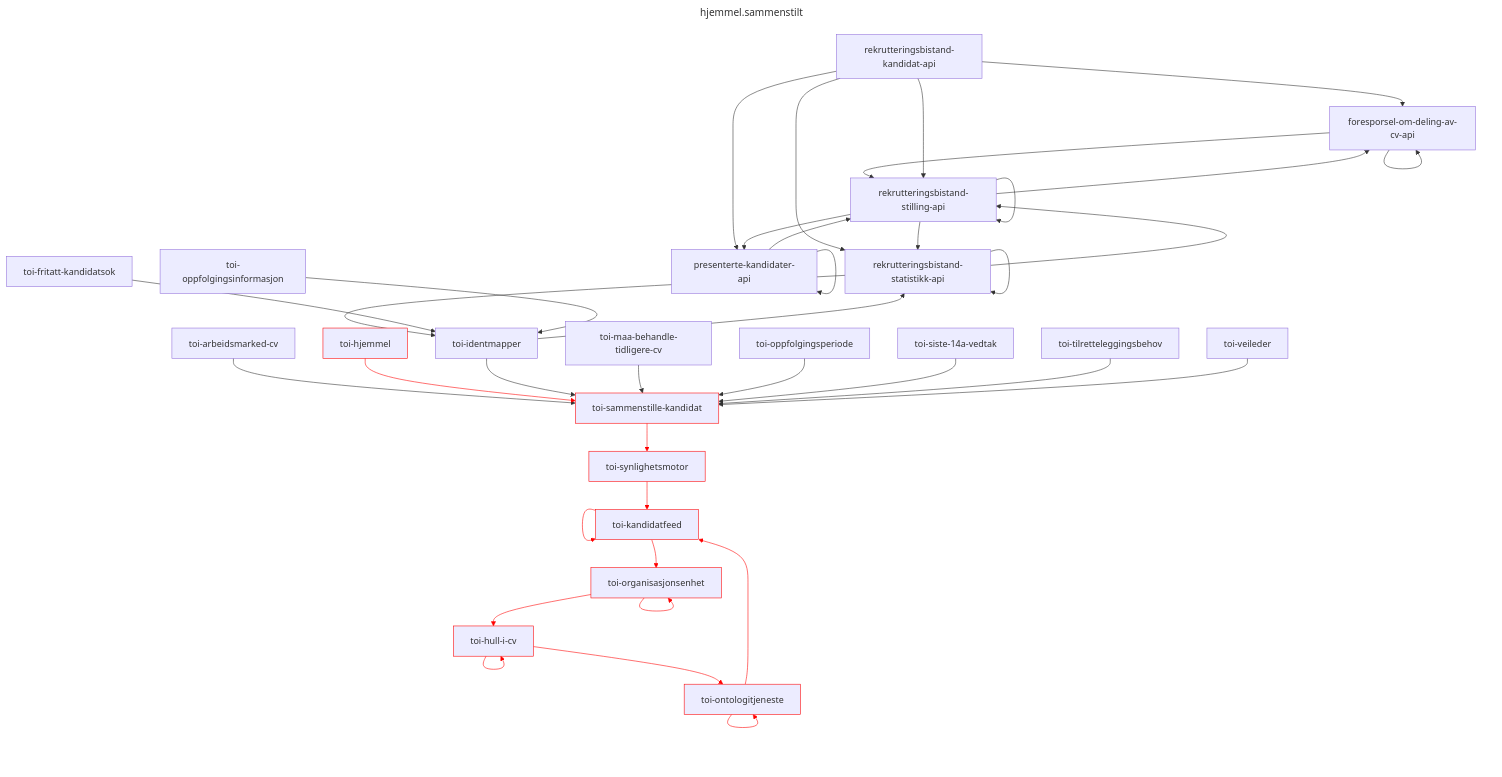
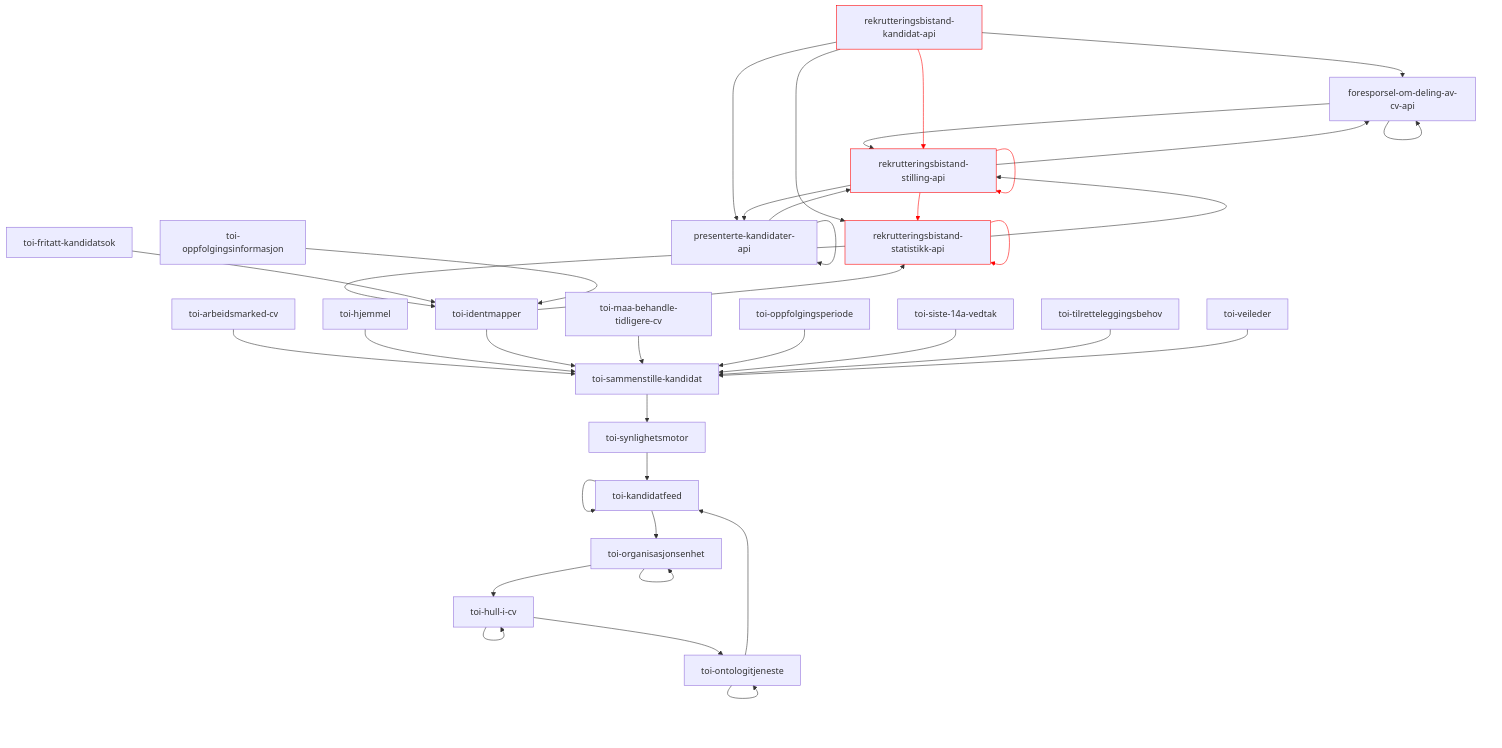
One commit to navikt/toi-rapids-and-rivers-grapher changed diagram 12 of 34 in README.md. Above: the diagram before and after it, drawn with Mermaid. The commit also changed other lines of this file, not shown here.

Commit message:
Oppdater Mermaid utskrift

````diff
--- a/README.md
+++ b/README.md
@@ -357,45 +472,42 @@
 ```mermaid
----
-title: hjemmel.sammenstilt
----
 graph TD;
 foresporsel-om-deling-av-cv-api --> foresporsel-om-deling-av-cv-api;
 foresporsel-om-deling-av-cv-api --> rekrutteringsbistand-stilling-api;
 presenterte-kandidater-api --> presenterte-kandidater-api;
 presenterte-kandidater-api --> rekrutteringsbistand-stilling-api;
 rekrutteringsbistand-kandidat-api --> foresporsel-om-deling-av-cv-api;
 rekrutteringsbistand-kandidat-api --> presenterte-kandidater-api;
 rekrutteringsbistand-kandidat-api --> rekrutteringsbistand-statistikk-api;
-rekrutteringsbistand-kandidat-api --> rekrutteringsbistand-stilling-api;
-rekrutteringsbistand-statistikk-api --> rekrutteringsbistand-statistikk-api;
+rekrutteringsbistand-kandidat-api:::x --> rekrutteringsbistand-stilling-api:::x;
+rekrutteringsbistand-statistikk-api:::x --> rekrutteringsbistand-statistikk-api:::x;
 rekrutteringsbistand-statistikk-api --> rekrutteringsbistand-stilling-api;
 rekrutteringsbistand-statistikk-api --> toi-identmapper;
 rekrutteringsbistand-stilling-api --> foresporsel-om-deling-av-cv-api;
 rekrutteringsbistand-stilling-api --> presenterte-kandidater-api;
-rekrutteringsbistand-stilling-api --> rekrutteringsbistand-statistikk-api;
-rekrutteringsbistand-stilling-api --> rekrutteringsbistand-stilling-api;
+rekrutteringsbistand-stilling-api:::x --> rekrutteringsbistand-statistikk-api:::x;
+rekrutteringsbistand-stilling-api:::x --> rekrutteringsbistand-stilling-api:::x;
 toi-arbeidsmarked-cv --> toi-sammenstille-kandidat;
 toi-fritatt-kandidatsok --> toi-identmapper;
-toi-hjemmel:::x --> toi-sammenstille-kandidat:::x;
-toi-hull-i-cv:::x --> toi-hull-i-cv:::x;
-toi-hull-i-cv:::x --> toi-ontologitjeneste:::x;
+toi-hjemmel --> toi-sammenstille-kandidat;
+toi-hull-i-cv --> toi-hull-i-cv;
+toi-hull-i-cv --> toi-ontologitjeneste;
 toi-identmapper --> rekrutteringsbistand-statistikk-api;
 toi-identmapper --> toi-sammenstille-kandidat;
-toi-kandidatfeed:::x --> toi-kandidatfeed:::x;
-toi-kandidatfeed:::x --> toi-organisasjonsenhet:::x;
+toi-kandidatfeed --> toi-kandidatfeed;
+toi-kandidatfeed --> toi-organisasjonsenhet;
 toi-maa-behandle-tidligere-cv --> toi-sammenstille-kandidat;
-toi-ontologitjeneste:::x --> toi-kandidatfeed:::x;
-toi-ontologitjeneste:::x --> toi-ontologitjeneste:::x;
+toi-ontologitjeneste --> toi-kandidatfeed;
+toi-ontologitjeneste --> toi-ontologitjeneste;
 toi-oppfolgingsinformasjon --> toi-identmapper;
 toi-oppfolgingsperiode --> toi-sammenstille-kandidat;
-toi-organisasjonsenhet:::x --> toi-hull-i-cv:::x;
-toi-organisasjonsenhet:::x --> toi-organisasjonsenhet:::x;
-toi-sammenstille-kandidat:::x --> toi-synlighetsmotor:::x;
+toi-organisasjonsenhet --> toi-hull-i-cv;
+toi-organisasjonsenhet --> toi-organisasjonsenhet;
+toi-sammenstille-kandidat --> toi-synlighetsmotor;
 toi-siste-14a-vedtak --> toi-sammenstille-kandidat;
-toi-synlighetsmotor:::x --> toi-kandidatfeed:::x;
+toi-synlighetsmotor --> toi-kandidatfeed;
 toi-tilretteleggingsbehov --> toi-sammenstille-kandidat;
 toi-veileder --> toi-sammenstille-kandidat;
 
-linkStyle 17,18,19,22,23,25,26,29,30,31,33 stroke:red;
+linkStyle 7,8,13,14 stroke:red;
 classDef x stroke: red;
 ```
````
